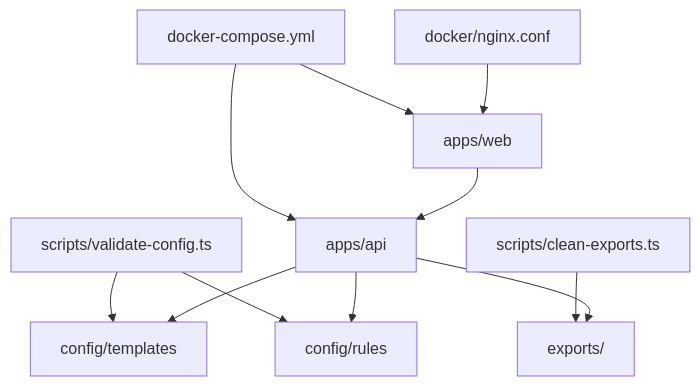
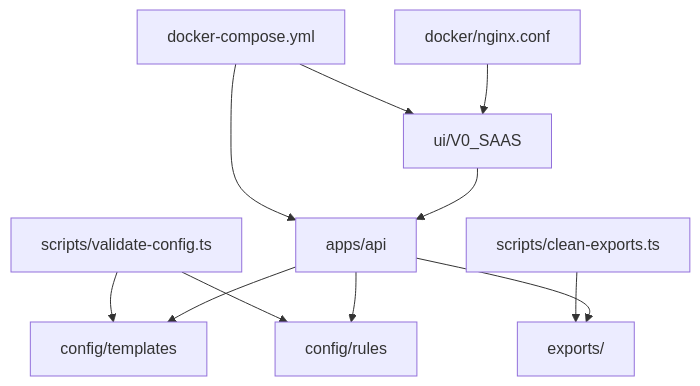
The first of 2 diagrams in 04_开发实现/工程脚手架方案-V2.md (mjlkevin/Workload-evaluation-system), drawn with Mermaid before and after one commit. The commit also changed other lines of this file and 232 other files, not shown here.

````diff
--- a/04_开发实现/工程脚手架方案-V2.md
+++ b/04_开发实现/工程脚手架方案-V2.md
@@ -30,13 +30,13 @@
 ```mermaid
 flowchart TD
-    WEB[apps/web] --> API[apps/api]
+    WEB[ui/V0_SAAS] --> API[apps/api]
     API --> CFG1[config/templates]
     API --> CFG2[config/rules]
     API --> EXP[exports/]
     S1[scripts/validate-config.ts] --> CFG1
     S1 --> CFG2
     S2[scripts/clean-exports.ts] --> EXP
     N[docker/nginx.conf] --> WEB
     D[docker-compose.yml] --> WEB
     D --> API
 ```
````
